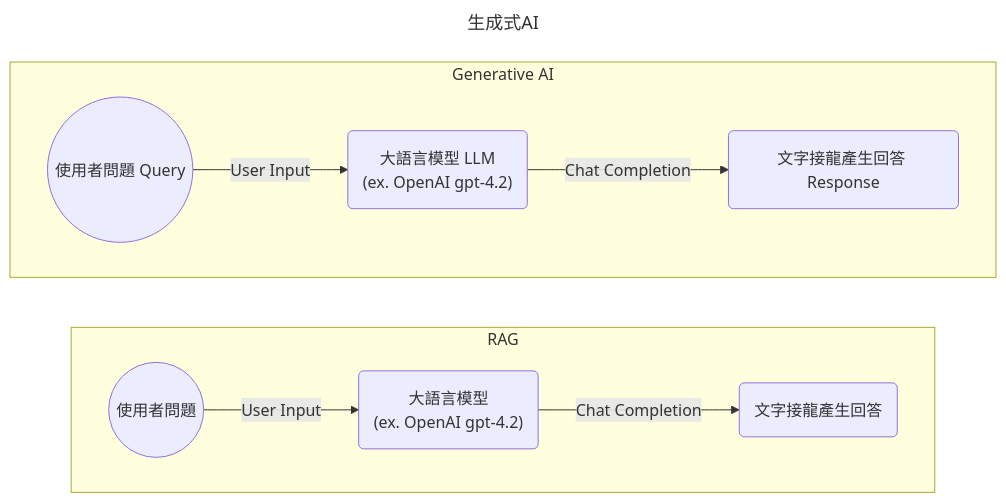
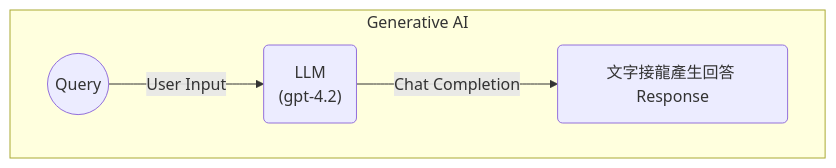
The first of 6 diagrams in content/slides/2025-07-02-cloud-summit-rag/_index.md (chechiachang/chechiachang.github.io-src), drawn with Mermaid before and after one commit. The commit also changed other lines of this file and 4 other files, not shown here.

```diff
--- a/content/slides/2025-07-02-cloud-summit-rag/_index.md
+++ b/content/slides/2025-07-02-cloud-summit-rag/_index.md
@@ -72,25 +76,13 @@
 {{< mermaid >}}
----
-title: 生成式AI
----
 graph LR
-    subgraph "RAG"
-        direction LR
-        A2(("使用者問題"))
-        B2("大語言模型
-        (ex. OpenAI gpt-4.2)")
-        C2("文字接龍產生回答")
-        A2 --User Input--> B2
-        B2 --Chat Completion--> C2
-    end
     subgraph "Generative AI"
         direction LR
-        A1(("使用者問題 Query"))
-        B1("大語言模型 LLM
-        (ex. OpenAI gpt-4.2)")
+        A1(("Query"))
+        B1("LLM
+        (gpt-4.2)")
         C1("文字接龍產生回答 Response")
         A1 --User Input--> B1
         B1 --Chat Completion--> C1
     end
 
 {{< /mermaid >}}
```
